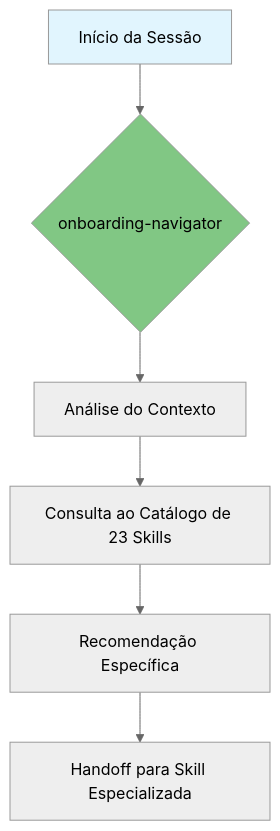
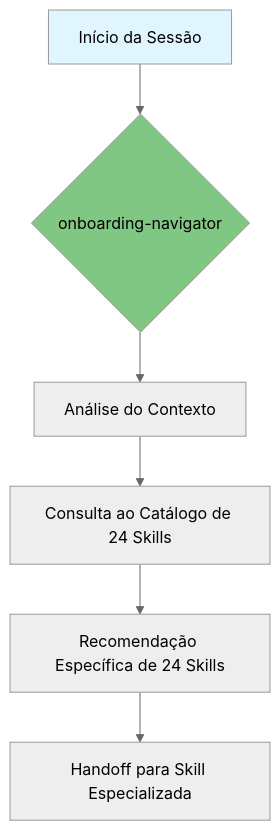
Before and after one commit to KlebersonCollab/skills: the diagram in onboarding-navigator/SKILL.md, drawn with Mermaid (neutral theme). The commit also changed other lines of this file and 2 other files, not shown here.

````diff
--- a/onboarding-navigator/SKILL.md
+++ b/onboarding-navigator/SKILL.md
@@ -57,12 +58,12 @@
 ```mermaid
 flowchart TD
     Start[Início da Sessão] --> Onboarding{onboarding-navigator}
     
     Onboarding --> Analise[Análise do Contexto]
-    Analise --> Catálogo[Consulta ao Catálogo de 23 Skills]
-    Catálogo --> Recomendação[Recomendação Específica]
+    Analise --> Catálogo[Consulta ao Catálogo de 24 Skills]
+    Catálogo --> Recomendação[Recomendação Específica de 24 Skills]
     Recomendação --> Handoff[Handoff para Skill Especializada]
     
     style Start fill:#e1f5fe
     style Onboarding fill:#81c784
 ```
````
